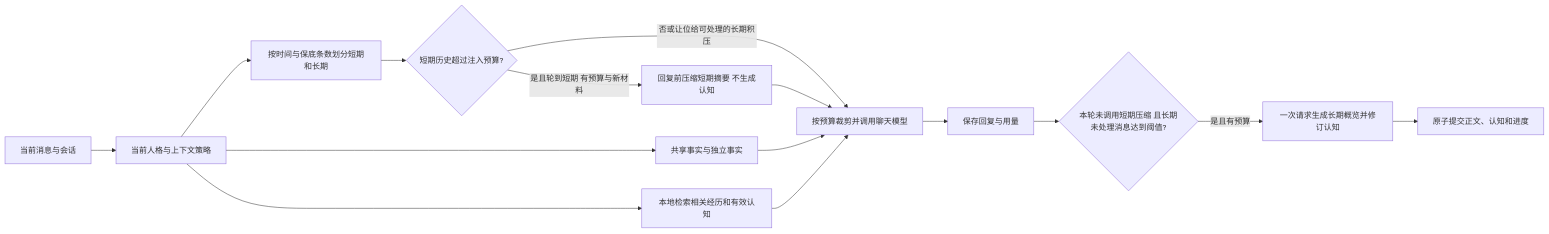
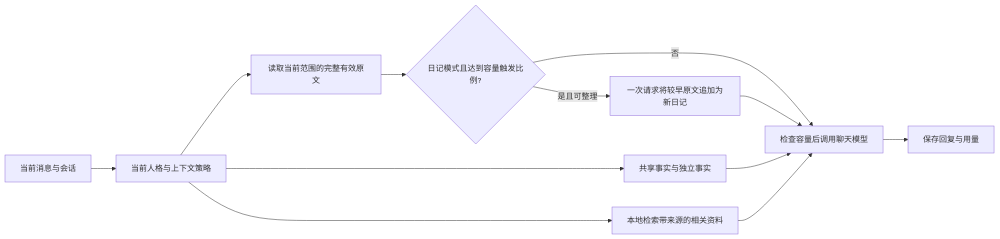
The diagram in architecture/MEMORY.md (FelixTaXk/whalelife), drawn with Mermaid before and after one commit. The commit also changed other lines of this file and 25 other files, not shown here.

````diff
--- a/architecture/MEMORY.md
+++ b/architecture/MEMORY.md
@@ -96,17 +100,14 @@
 ```mermaid
 flowchart LR
   A[当前消息与会话] --> B[当前人格与上下文策略]
   B --> C[共享事实与独立事实]
-  B --> D[按时间与保底条数划分短期和长期]
-  B --> E[本地检索相关经历和有效认知]
-  D --> K{短期历史超过注入预算?}
-  K -->|是且轮到短期 有预算与新材料| L[回复前压缩短期摘要 不生成认知]
-  K -->|否或让位给可处理的长期积压| F[按预算裁剪并调用聊天模型]
+  B --> D[读取当前范围的完整有效原文]
+  B --> E[本地检索带来源的相关资料]
+  D --> K{日记模式且达到容量触发比例?}
+  K -->|是且可整理| L[一次请求将较早原文追加为新日记]
+  K -->|否| F[检查容量后调用聊天模型]
   L --> F
   C --> F
   E --> F
   F --> G[保存回复与用量]
-  G --> H{本轮未调用短期压缩 且长期未处理消息达到阈值?}
-  H -->|是且有预算| I[一次请求生成长期概览并修订认知]
-  I --> J[原子提交正文、认知和进度]
 ```
````
